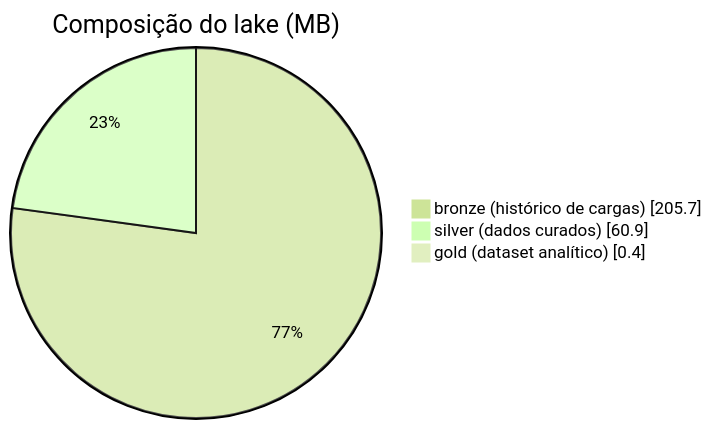
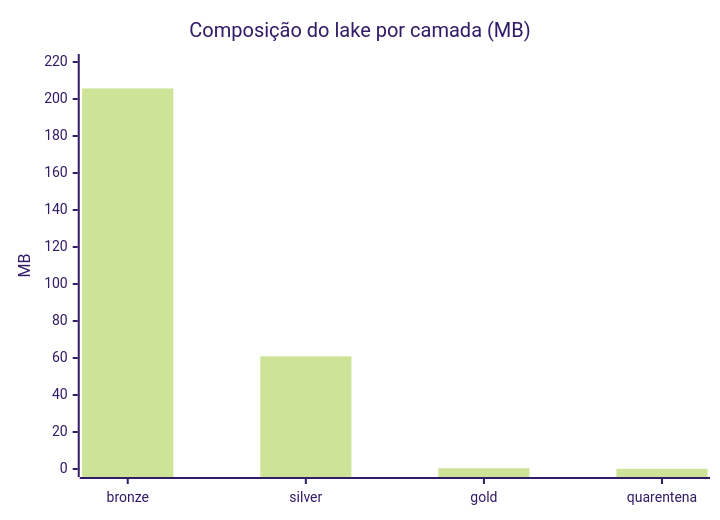
Before and after one commit to pedrohm1986b/Tech_Challenge_RM373453_pipeline_alfabetizacao: the second of 3 diagrams in README.md, drawn with Mermaid (forest theme). The commit also changed other lines of this file, not shown here.

First line of the commit message:
docs: grafico de composicao do lake em barras e linha de ML no FinOps

````diff
--- a/README.md
+++ b/README.md
@@ -287,6 +287,7 @@
 ```mermaid
-pie showData title Composição do lake (MB)
-    "bronze (histórico de cargas)" : 205.7
-    "silver (dados curados)" : 60.9
-    "gold (dataset analítico)" : 0.4
+xychart-beta
+    title "Composição do lake por camada (MB)"
+    x-axis ["bronze", "silver", "gold", "quarentena"]
+    y-axis "MB" 0 --> 220
+    bar [205.7, 60.9, 0.4, 0.1]
 ```
````
